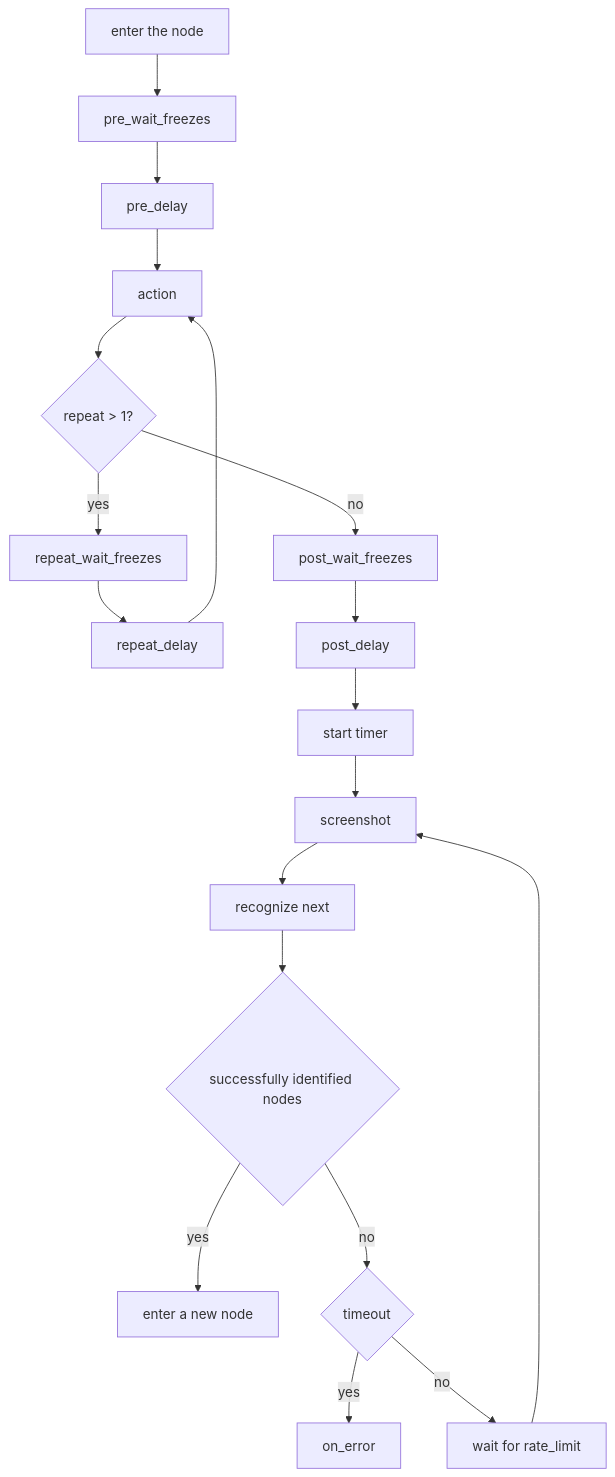
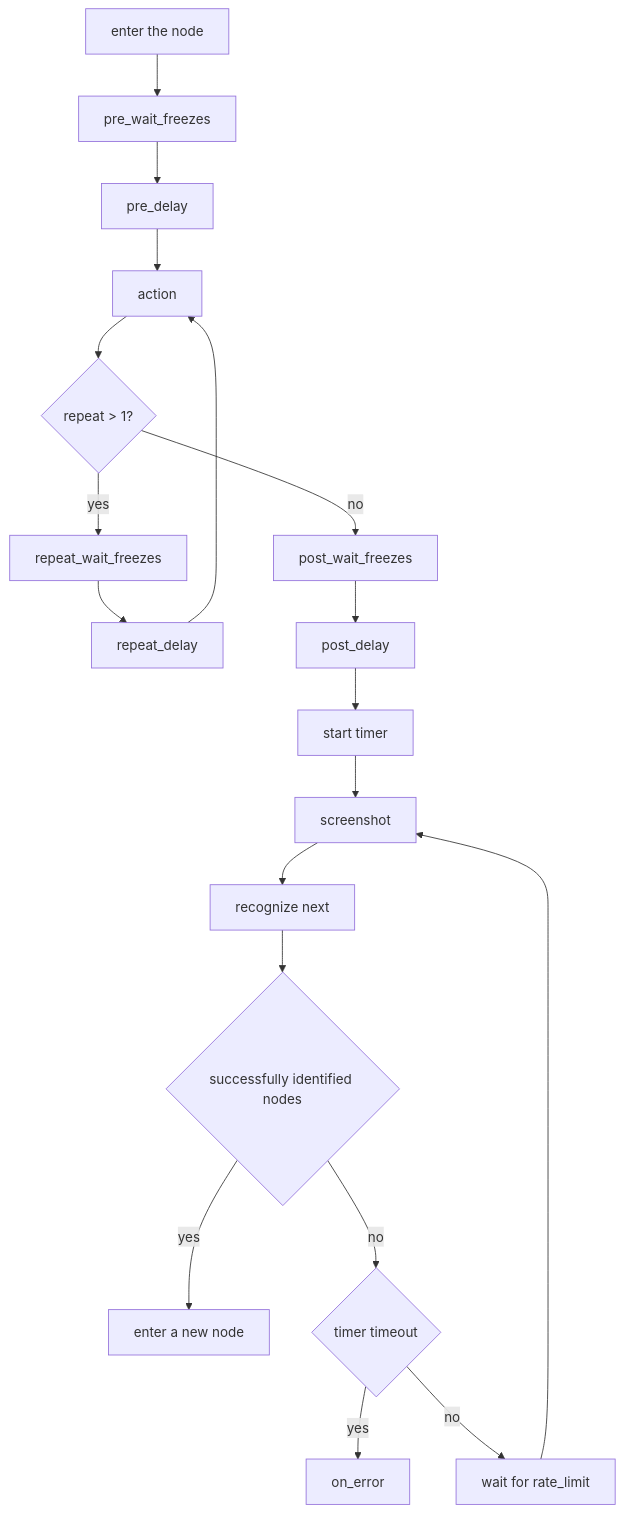
The first of 4 diagrams in docs/en_us/3.1-PipelineProtocol.md (MaaXYZ/MaaFramework), drawn with Mermaid before and after one commit. The commit also changed 1 other file, not shown here.

Commit message:
docs: update pipeline protocol timeout description

````diff
--- a/docs/en_us/3.1-PipelineProtocol.md
+++ b/docs/en_us/3.1-PipelineProtocol.md
@@ -54,21 +54,21 @@
 ```mermaid
     flowchart TB
         A[enter the node] --> B[pre_wait_freezes]
         B --> C[pre_delay]
         C --> D[action]
         D --> M{"repeat > 1?"}
         M -->|yes| N[repeat_wait_freezes]
         N --> O[repeat_delay]
         O --> D
         M -->|no| E[post_wait_freezes]
         E --> F[post_delay]
         F --> Q[start timer]
         Q --> P[screenshot]
         P --> G[recognize next]
         G --> H{successfully identified nodes}
         H -->|yes| I[enter a new node]
-        H -->|no| J{"timeout"}
+        H -->|no| J{"timer timeout"}
         J -->|yes| K[on_error]
         J -->|no| L[wait for rate_limit]
         L --> P
 ```
````
